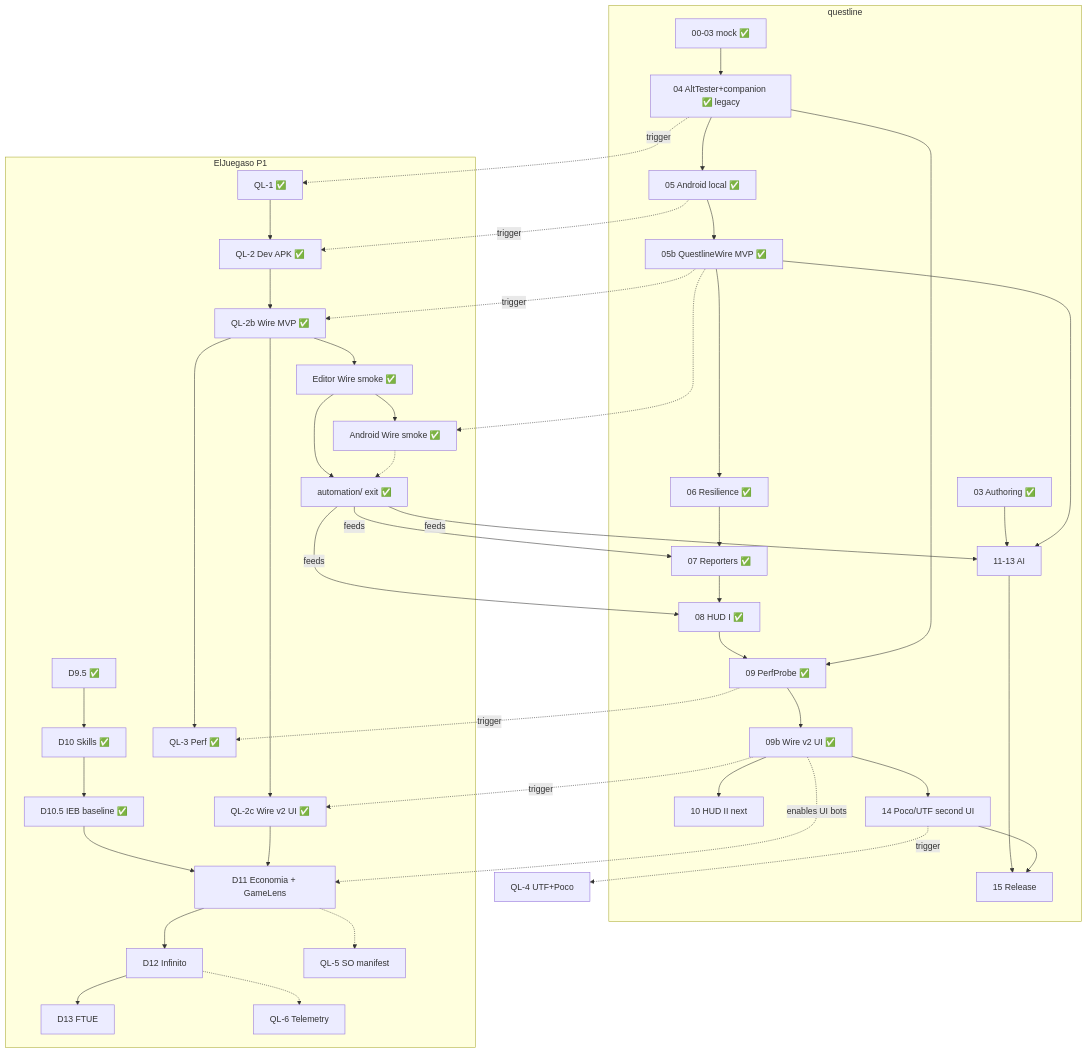
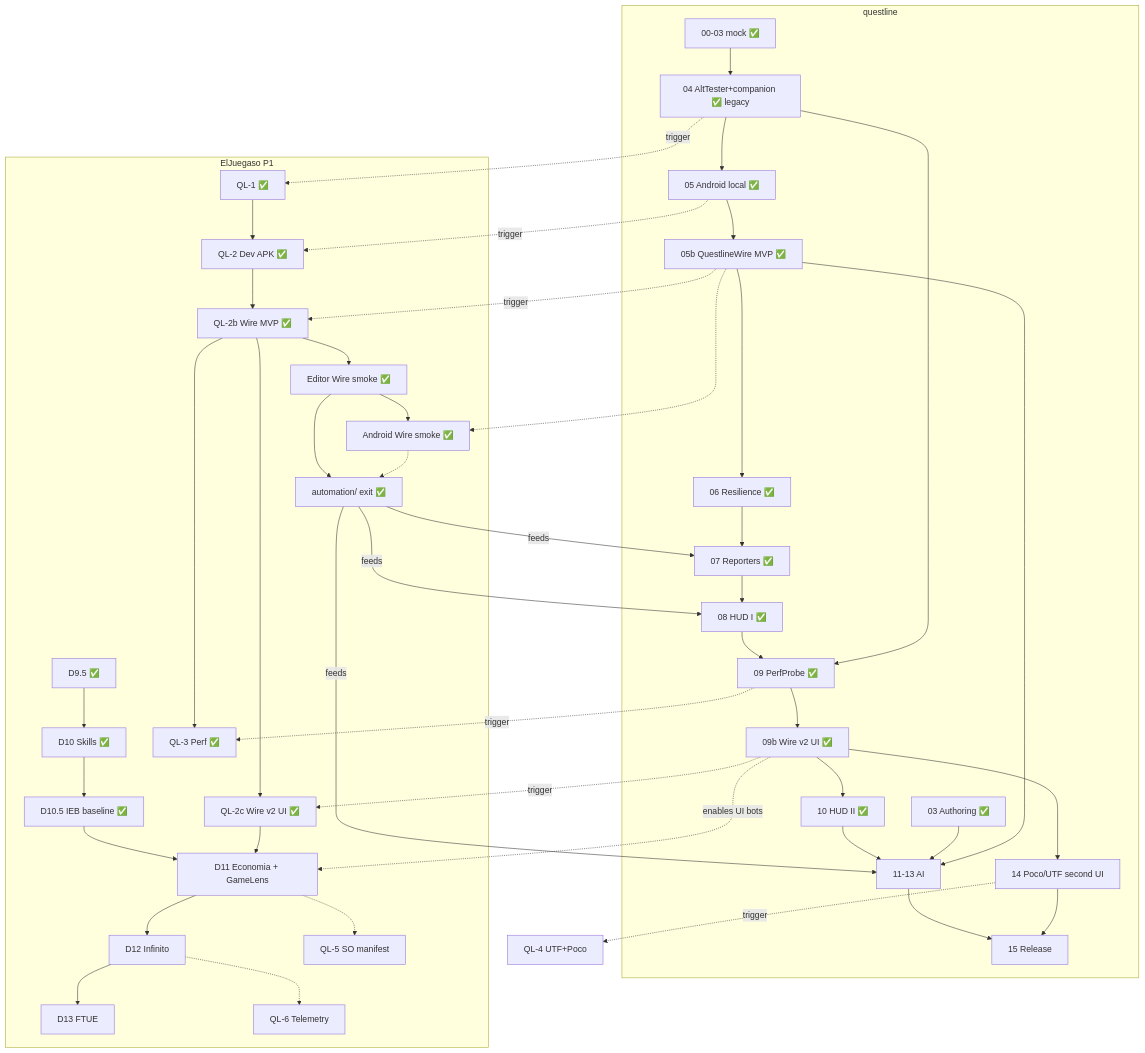
The diagram in docs/STATUS-DUAL.md (Knutronko/questline), drawn with Mermaid before and after one commit. The commit also changed other lines of this file and 37 other files, not shown here.

First line of the commit message:
phase-10: HUD control center with launcher, quarantine, profiles, and perf graphs.

````diff
--- a/docs/STATUS-DUAL.md
+++ b/docs/STATUS-DUAL.md
@@ -103,51 +103,52 @@
 ```mermaid
 flowchart TB
   subgraph QL[questline]
     Q0[00-03 mock ✅] --> Q4[04 AltTester+companion ✅ legacy]
     Q4 --> Q5[05 Android local ✅]
     Q5 --> Q5b[05b QuestlineWire MVP ✅]
     Q5b --> Q6[06 Resilience ✅]
     Q6 --> Q7[07 Reporters ✅]
     Q7 --> Q8[08 HUD I ✅]
     Q8 --> Q9[09 PerfProbe ✅]
     Q9 --> Q9b[09b Wire v2 UI ✅]
-    Q9b --> Q10[10 HUD II next]
+    Q9b --> Q10[10 HUD II ✅]
+    Q10 --> Q11[11-13 AI]
     Q4 --> Q9
-    Q3[03 Authoring ✅] --> Q11[11-13 AI]
+    Q3[03 Authoring ✅] --> Q11
     Q5b --> Q11
     Q9b --> Q14[14 Poco/UTF second UI]
     Q11 --> Q15[15 Release]
     Q14 --> Q15
   end
 
   subgraph Game[ElJuegaso P1]
     D95[D9.5 ✅] --> D10[D10 Skills ✅]
     D10 --> D105[D10.5 IEB baseline ✅]
     D105 --> D11[D11 Economia + GameLens]
     D11 --> D12[D12 Infinito]
     D12 --> D13[D13 FTUE]
     QL1[QL-1 ✅] --> QL2[QL-2 Dev APK ✅]
     QL2 --> QL2b[QL-2b Wire MVP ✅]
     QL2b --> LiveEd[Editor Wire smoke ✅]
     LiveEd --> Auto[automation/ exit ✅]
     LiveEd --> LiveAnd[Android Wire smoke ✅]
     LiveAnd -.-> Auto
     QL2b --> QL3[QL-3 Perf ✅]
     QL2b --> QL2c[QL-2c Wire v2 UI ✅]
     QL2c --> D11
     D11 -.-> QL5[QL-5 SO manifest]
     D12 -.-> QL6[QL-6 Telemetry]
   end
 
   Q4 -.->|trigger| QL1
   Q5 -.->|trigger| QL2
   Q5b -.->|trigger| QL2b
   Q5b -.-> LiveAnd
   Q9 -.->|trigger| QL3
   Q9b -.->|trigger| QL2c
   Q14 -.->|trigger| QL4[QL-4 UTF+Poco]
   Auto -->|feeds| Q7
   Auto -->|feeds| Q8
   Auto -->|feeds| Q11
   Q9b -.->|enables UI bots| D11
 ```
````
